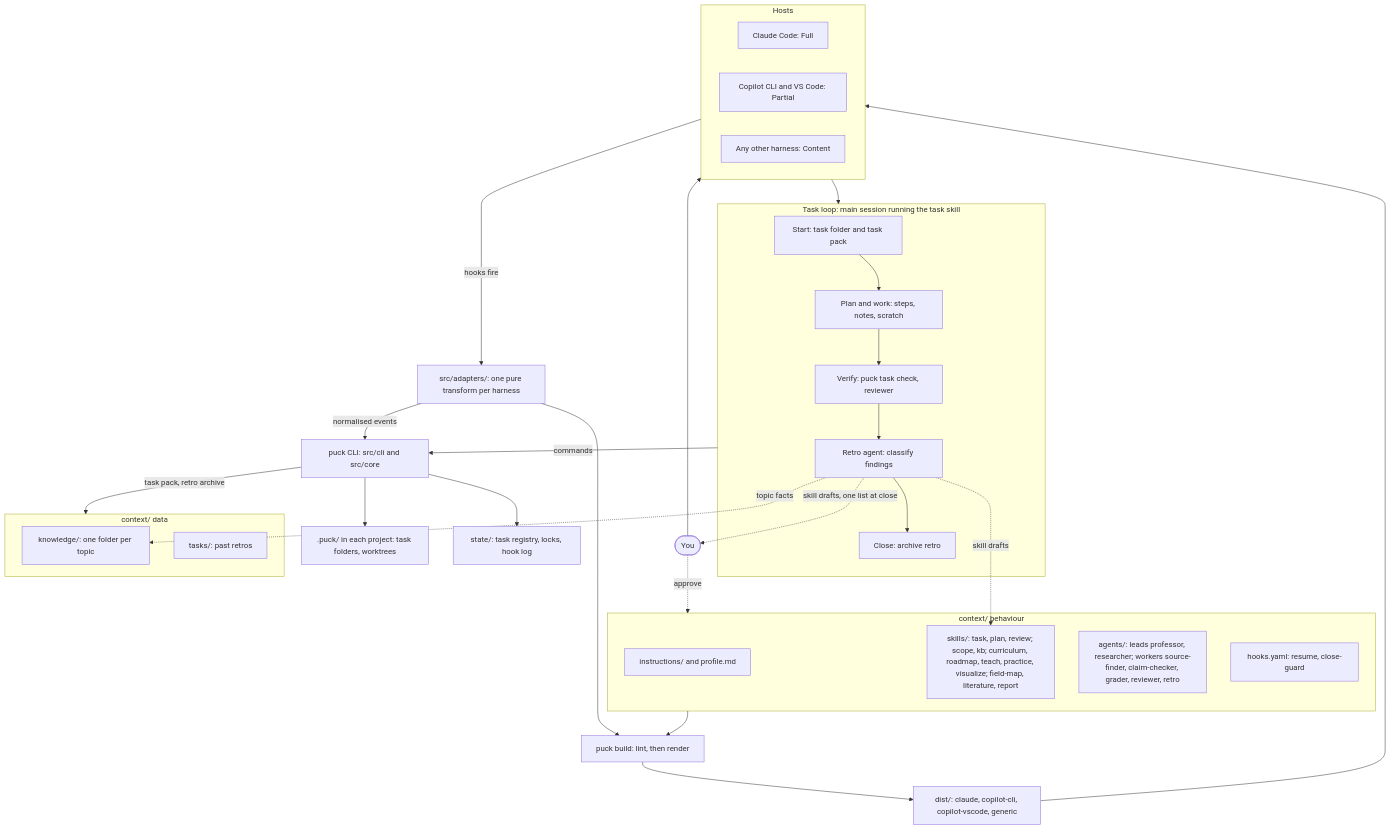
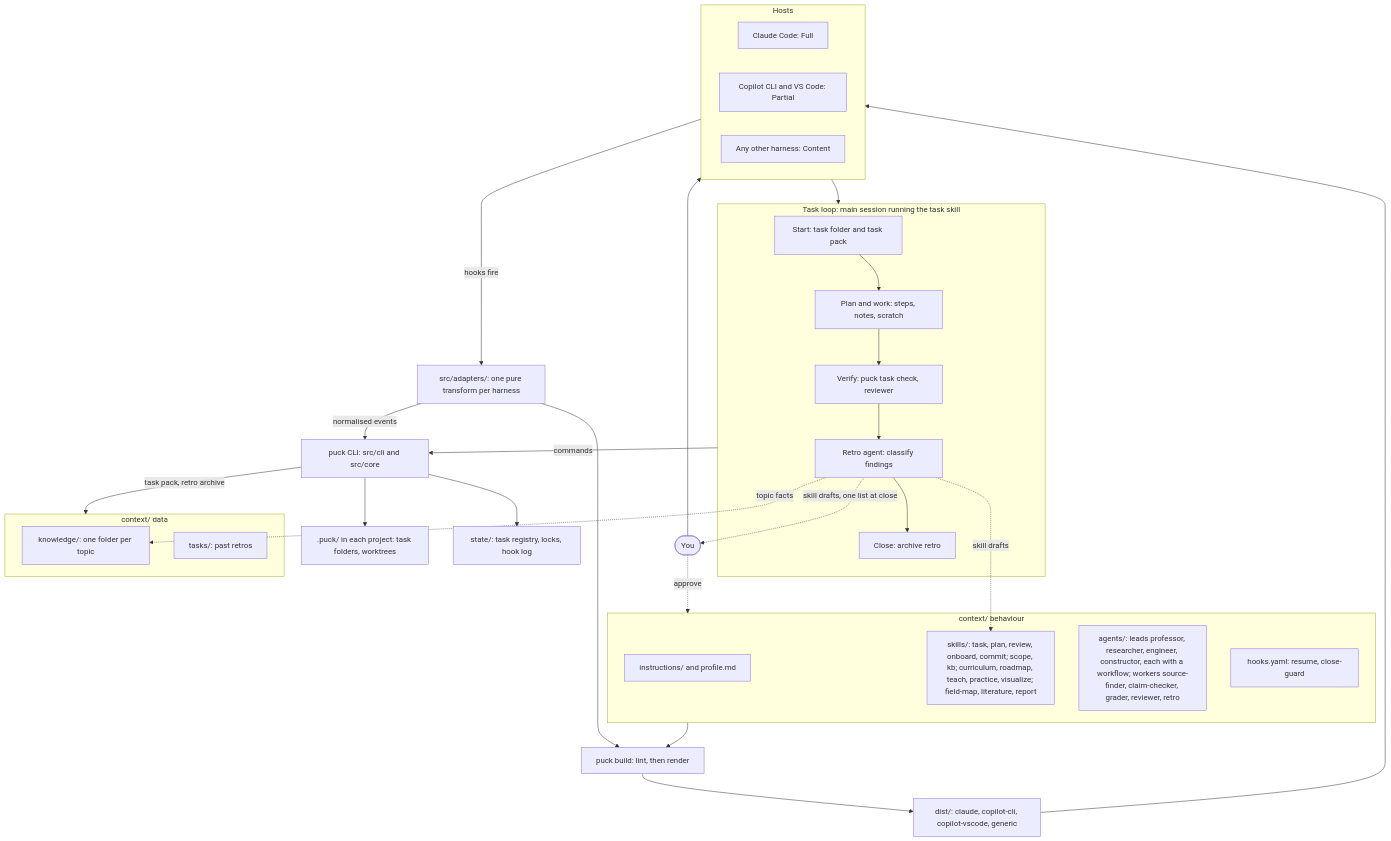
The diagram in docs/design.md (DouglasBergamim/puck), drawn with Mermaid before and after one commit. The commit also changed other lines of this file and 35 other files, not shown here.

````diff
--- a/docs/design.md
+++ b/docs/design.md
@@ -93,58 +98,58 @@
 ```mermaid
 flowchart TB
     you(["You"])
 
     subgraph behaviour["context/ behaviour"]
         rules["instructions/ and profile.md"]
-        skills["skills/: task, plan, review; scope, kb; curriculum, roadmap, teach, practice, visualize; field-map, literature, report"]
-        agents["agents/: leads professor, researcher; workers source-finder, claim-checker, grader, reviewer, retro"]
+        skills["skills/: task, plan, review, onboard, commit; scope, kb; curriculum, roadmap, teach, practice, visualize; field-map, literature, report"]
+        agents["agents/: leads professor, researcher, engineer, constructor, each with a workflow; workers source-finder, claim-checker, grader, reviewer, retro"]
         hookrules["hooks.yaml: resume, close-guard"]
     end
 
     adapters["src/adapters/: one pure transform per harness"]
     build["puck build: lint, then render"]
     dist["dist/: claude, copilot-cli, copilot-vscode, generic"]
 
     subgraph hosts["Hosts"]
         claude["Claude Code: Full"]
         copilot["Copilot CLI and VS Code: Partial"]
         generic["Any other harness: Content"]
     end
 
     subgraph loop["Task loop: main session running the task skill"]
         start["Start: task folder and task pack"]
         work["Plan and work: steps, notes, scratch"]
         verify["Verify: puck task check, reviewer"]
         retro["Retro agent: classify findings"]
         finish["Close: archive retro"]
         start --> work --> verify --> retro --> finish
     end
 
     cli["puck CLI: src/cli and src/core"]
 
     project[".puck/ in each project: task folders, worktrees"]
     state["state/: task registry, locks, hook log"]
 
     subgraph data["context/ data"]
         knowledge["knowledge/: one folder per topic"]
         archive["tasks/: past retros"]
     end
 
     behaviour --> build
     adapters --> build
     build --> dist
     dist --> hosts
     you --> hosts
     hosts --> loop
     hosts -- "hooks fire" --> adapters
     adapters -- "normalised events" --> cli
     loop -- "commands" --> cli
     cli --> project
     cli --> state
     cli -- "task pack, retro archive" --> data
 
     retro -. "skill drafts" .-> skills
     retro -. "topic facts" .-> knowledge
     retro -. "skill drafts, one list at close" .-> you
     you -. "approve" .-> behaviour
 ```
````
